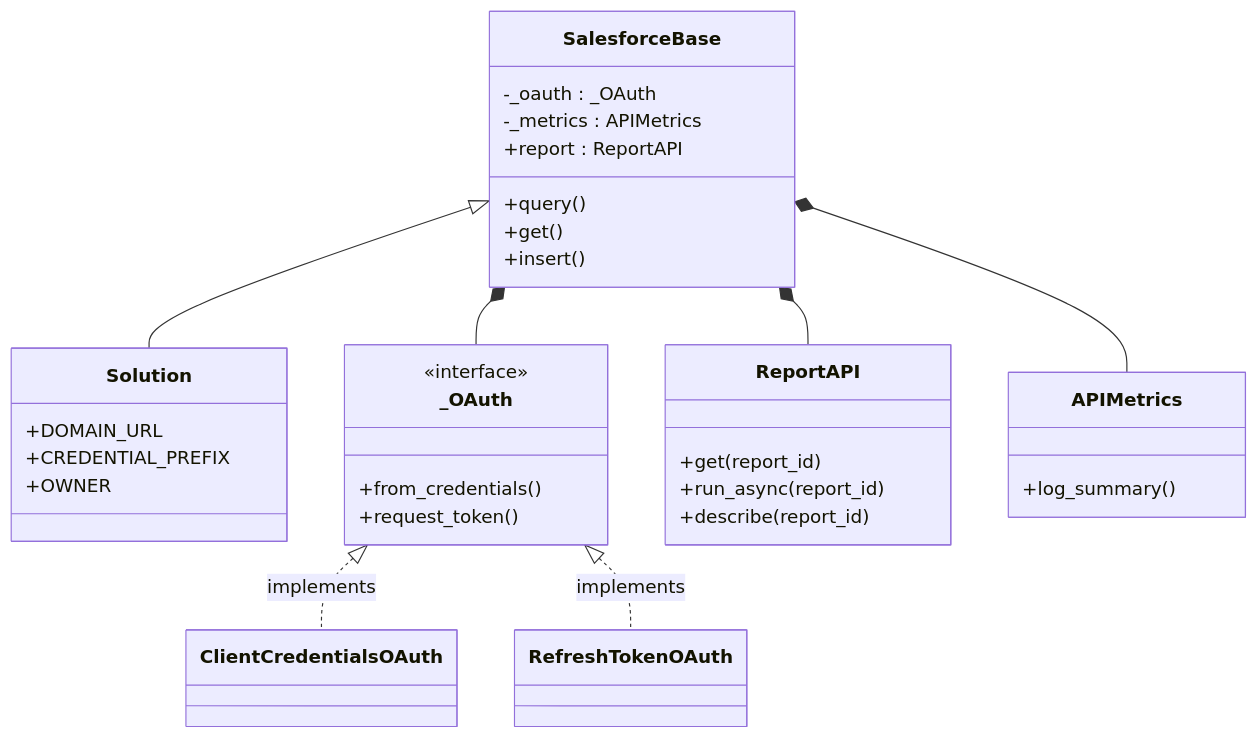
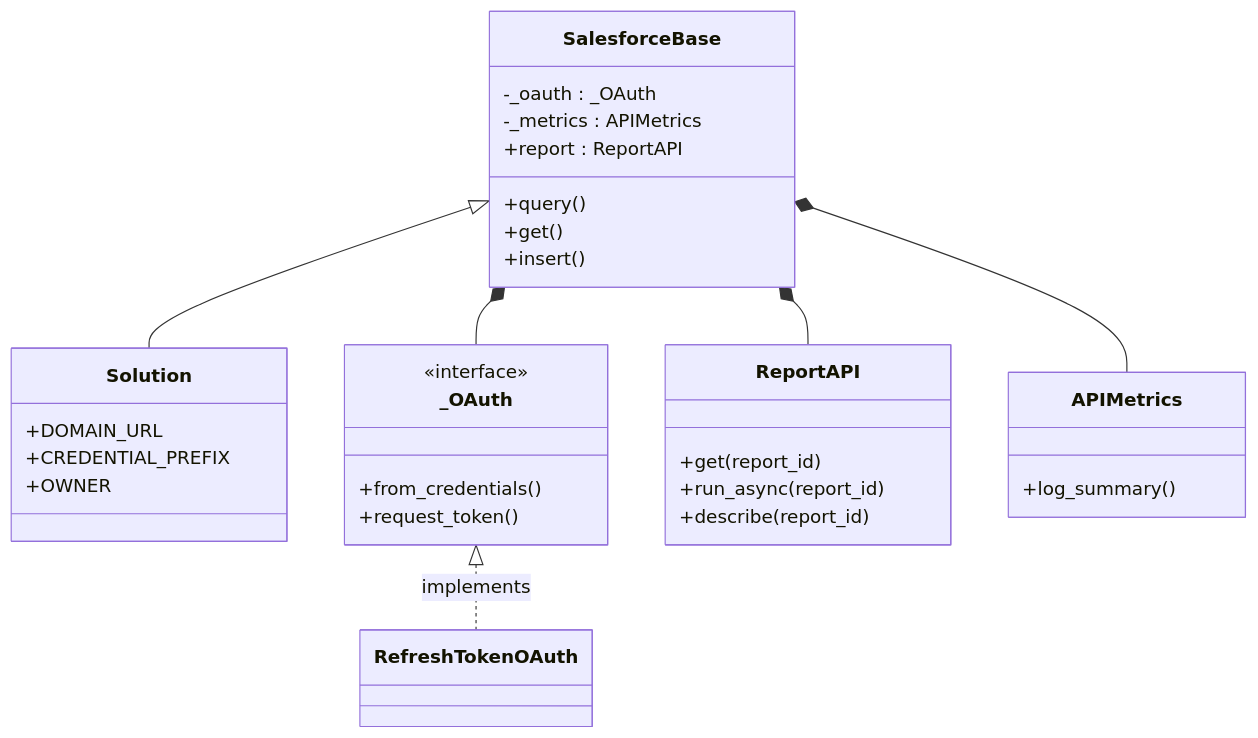
Before and after one commit to tenniscorecom/comken: the first of 2 diagrams in docs/salesforce.md, drawn with Mermaid. The commit also changed other lines of this file and 10 other files, not shown here.

First line of the commit message:
salesforce: Client Credentials Flowを完全に削除する

````diff
--- a/docs/salesforce.md
+++ b/docs/salesforce.md
@@ -156,39 +141,36 @@
 ```mermaid
 classDiagram
     class SalesforceBase {
         -_oauth : _OAuth
         -_metrics : APIMetrics
         +report : ReportAPI
         +query()
         +get()
         +insert()
     }
     class Solution {
         +DOMAIN_URL
         +CREDENTIAL_PREFIX
         +OWNER
     }
     class _OAuth {
         <<interface>>
         +from_credentials()
         +request_token()
     }
-    class ClientCredentialsOAuth {
-    }
     class RefreshTokenOAuth {
     }
     class ReportAPI {
         +get(report_id)
         +run_async(report_id)
         +describe(report_id)
     }
     class APIMetrics {
         +log_summary()
     }
     SalesforceBase <|-- Solution
     SalesforceBase *-- _OAuth
     SalesforceBase *-- APIMetrics
     SalesforceBase *-- ReportAPI
-    _OAuth <|.. ClientCredentialsOAuth : implements
     _OAuth <|.. RefreshTokenOAuth : implements
 ```
````
